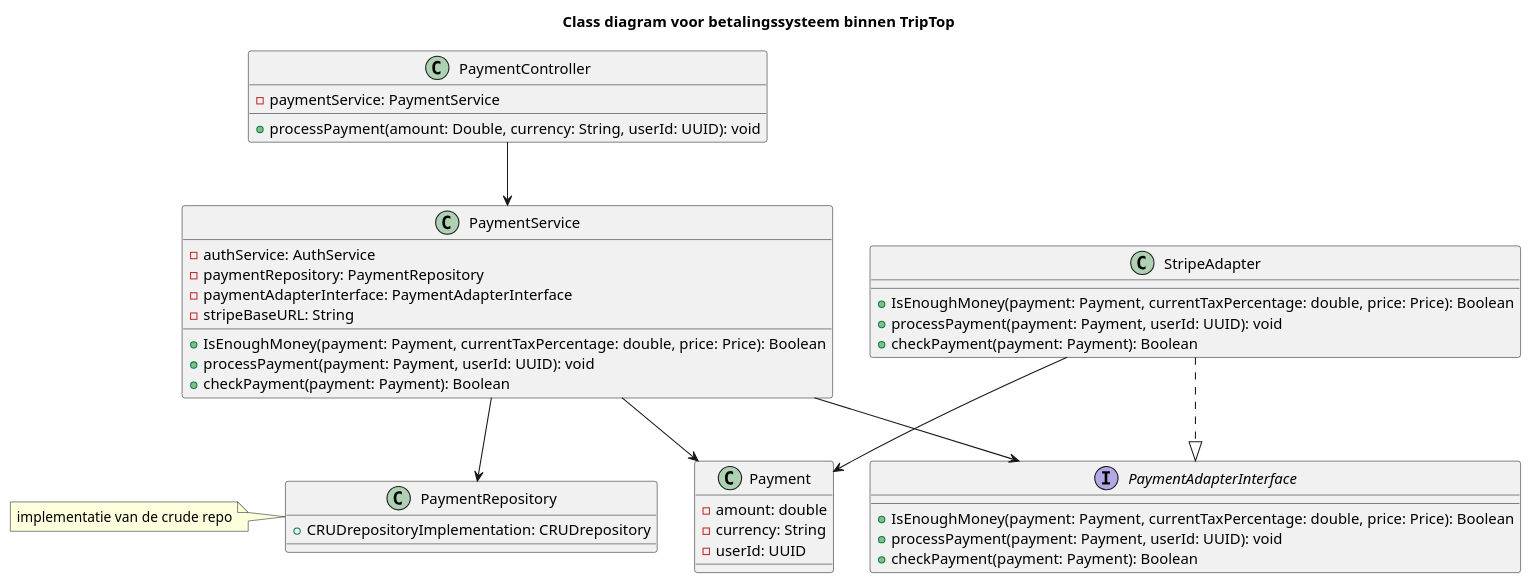
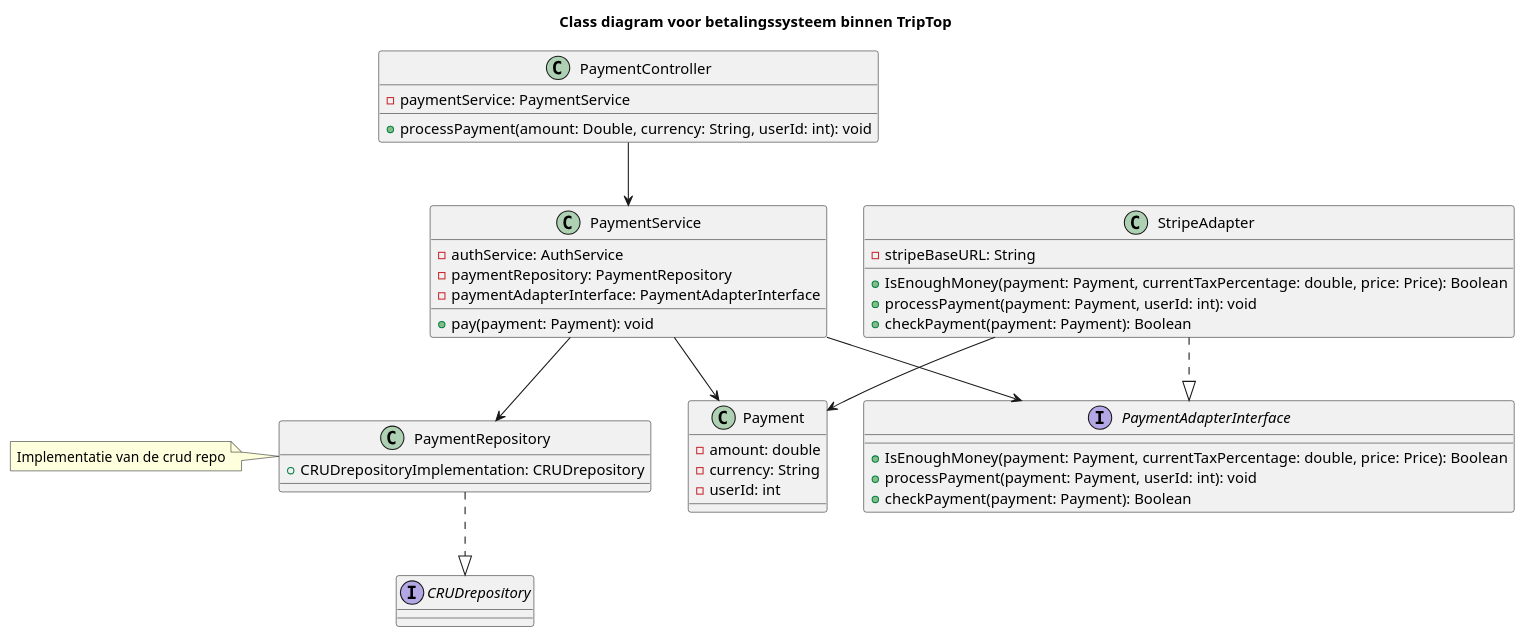
One commit to AIM-ENE-feb25/triptop-groep-b6 changed the diagram in gemaakte-werk-daniel/week-2/les-4/les/class-diagram-adapter.puml. Above: the diagram before and after it, drawn with PlantUML.

Commit message:
feedback van w2 presentatie

```diff
--- a/gemaakte-werk-daniel/week-2/les-4/les/class-diagram-adapter.puml
+++ b/gemaakte-werk-daniel/week-2/les-4/les/class-diagram-adapter.puml
@@ -1,52 +1,56 @@
 @startuml
 
 title Class diagram voor betalingssysteem binnen TripTop
 
 Class Payment {
     - amount: double
     - currency: String
-    - userId: UUID
+    - userId: int
 }
 
 class PaymentController {
     - paymentService: PaymentService
-    + processPayment(amount: Double, currency: String, userId: UUID): void
+    + processPayment(amount: Double, currency: String, userId: int): void
 }
 
 Class PaymentService {
     - authService: AuthService
     - paymentRepository: PaymentRepository
     - paymentAdapterInterface: PaymentAdapterInterface
-    - stripeBaseURL: String
-    + IsEnoughMoney(payment: Payment, currentTaxPercentage: double, price: Price): Boolean
-    + processPayment(payment: Payment, userId: UUID): void
-    + checkPayment(payment: Payment): Boolean
+    + pay(payment: Payment): void
 }
 
 Class StripeAdapter {
+    - stripeBaseURL: String
     + IsEnoughMoney(payment: Payment, currentTaxPercentage: double, price: Price): Boolean
-    + processPayment(payment: Payment, userId: UUID): void
+    + processPayment(payment: Payment, userId: int): void
     + checkPayment(payment: Payment): Boolean
 }
 
 Interface PaymentAdapterInterface {
     + IsEnoughMoney(payment: Payment, currentTaxPercentage: double, price: Price): Boolean
-    + processPayment(payment: Payment, userId: UUID): void
+    + processPayment(payment: Payment, userId: int): void
     + checkPayment(payment: Payment): Boolean
 }
 
 Class PaymentRepository {
     + CRUDrepositoryImplementation: CRUDrepository
 }
+
+Interface CRUDrepository {
+    
+}
+
 note left of PaymentRepository
-  implementatie van de crude repo
+  Implementatie van de crud repo
 end note
 
 PaymentController --> PaymentService
 PaymentService --> PaymentRepository
 PaymentService --> Payment
 PaymentService -->  PaymentAdapterInterface
 StripeAdapter ..|> PaymentAdapterInterface
 StripeAdapter --> Payment
+PaymentRepository ..|> CRUDrepository
 
 @enduml
```
